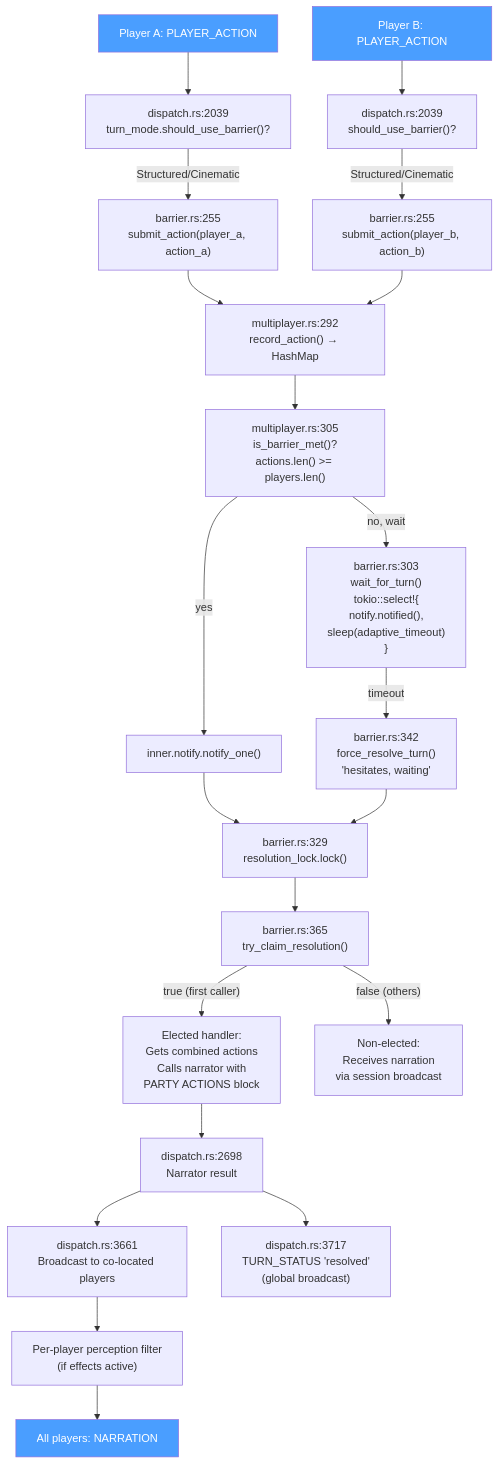
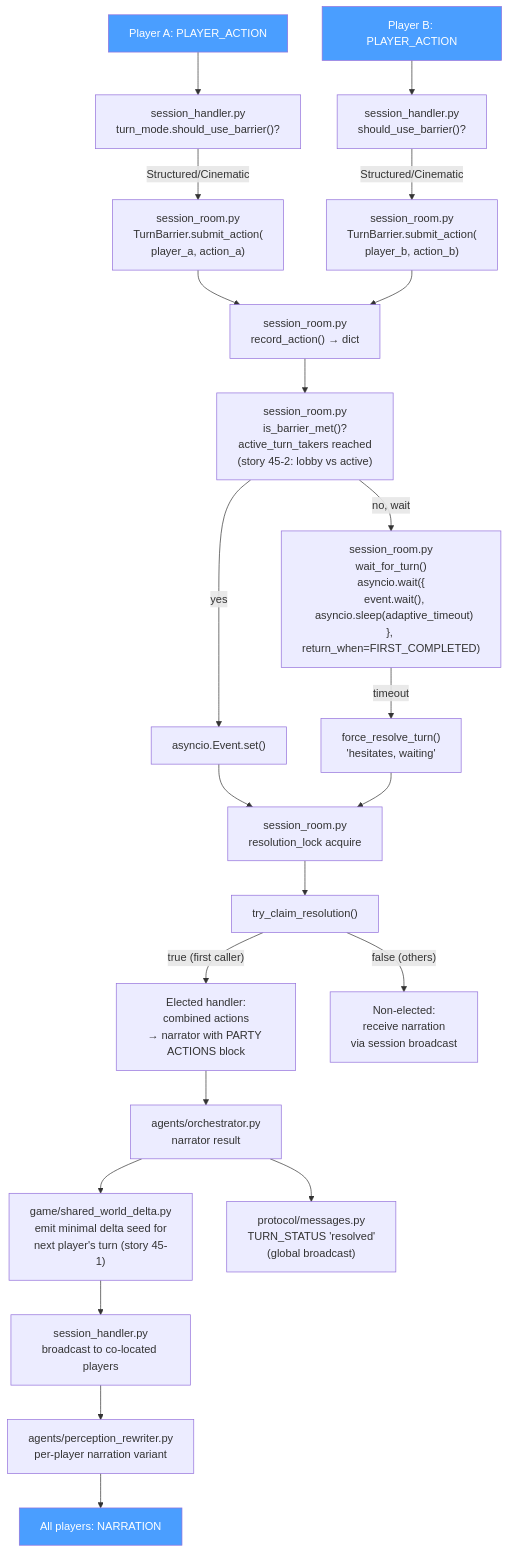
One commit to slabgorb/sidequest changed the fifth of 15 diagrams in docs/wiring-diagrams.md. Above: the diagram before and after it, drawn with Mermaid. The commit also changed other lines of this file and 4 other files, not shown here.

````diff
--- a/docs/wiring-diagrams.md
+++ b/docs/wiring-diagrams.md
@@ -323,34 +333,35 @@
 ```mermaid
 flowchart TD
-    A["Player A: PLAYER_ACTION"] --> B["dispatch.rs:2039<br/>turn_mode.should_use_barrier()?"]
-    A2["Player B: PLAYER_ACTION"] --> B2["dispatch.rs:2039<br/>should_use_barrier()?"]
+    A["Player A: PLAYER_ACTION"] --> B["session_handler.py<br/>turn_mode.should_use_barrier()?"]
+    A2["Player B: PLAYER_ACTION"] --> B2["session_handler.py<br/>should_use_barrier()?"]
 
-    B -->|"Structured/Cinematic"| C["barrier.rs:255<br/>submit_action(player_a, action_a)"]
-    B2 -->|"Structured/Cinematic"| C2["barrier.rs:255<br/>submit_action(player_b, action_b)"]
+    B -->|"Structured/Cinematic"| C["session_room.py<br/>TurnBarrier.submit_action(<br/>player_a, action_a)"]
+    B2 -->|"Structured/Cinematic"| C2["session_room.py<br/>TurnBarrier.submit_action(<br/>player_b, action_b)"]
 
-    C --> D["multiplayer.rs:292<br/>record_action() → HashMap"]
+    C --> D["session_room.py<br/>record_action() → dict"]
     C2 --> D
 
-    D --> E["multiplayer.rs:305<br/>is_barrier_met()?<br/>actions.len() >= players.len()"]
-    E -->|"yes"| F["inner.notify.notify_one()"]
-    E -->|"no, wait"| G["barrier.rs:303<br/>wait_for_turn()<br/>tokio::select!{<br/>  notify.notified(),<br/>  sleep(adaptive_timeout)<br/>}"]
+    D --> E["session_room.py<br/>is_barrier_met()?<br/>active_turn_takers reached<br/>(story 45-2: lobby vs active)"]
+    E -->|"yes"| F["asyncio.Event.set()"]
+    E -->|"no, wait"| G["session_room.py<br/>wait_for_turn()<br/>asyncio.wait({<br/>  event.wait(),<br/>  asyncio.sleep(adaptive_timeout)<br/>}, return_when=FIRST_COMPLETED)"]
 
-    G -->|"timeout"| H["barrier.rs:342<br/>force_resolve_turn()<br/>'hesitates, waiting'"]
-    F --> I["barrier.rs:329<br/>resolution_lock.lock()"]
+    G -->|"timeout"| H["force_resolve_turn()<br/>'hesitates, waiting'"]
+    F --> I["session_room.py<br/>resolution_lock acquire"]
     H --> I
 
-    I --> J["barrier.rs:365<br/>try_claim_resolution()"]
-    J -->|"true (first caller)"| K["Elected handler:<br/>Gets combined actions<br/>Calls narrator with<br/>PARTY ACTIONS block"]
-    J -->|"false (others)"| L["Non-elected:<br/>Receives narration<br/>via session broadcast"]
+    I --> J["try_claim_resolution()"]
+    J -->|"true (first caller)"| K["Elected handler:<br/>combined actions<br/>→ narrator with PARTY ACTIONS block"]
+    J -->|"false (others)"| L["Non-elected:<br/>receive narration<br/>via session broadcast"]
 
-    K --> M["dispatch.rs:2698<br/>Narrator result"]
-    M --> N["dispatch.rs:3661<br/>Broadcast to co-located players"]
-    N --> O["Per-player perception filter<br/>(if effects active)"]
+    K --> M["agents/orchestrator.py<br/>narrator result"]
+    M --> M2["game/shared_world_delta.py<br/>emit minimal delta seed for<br/>next player's turn (story 45-1)"]
+    M2 --> N["session_handler.py<br/>broadcast to co-located players"]
+    N --> O["agents/perception_rewriter.py<br/>per-player narration variant"]
     O --> P["All players: NARRATION"]
 
-    M --> Q["dispatch.rs:3717<br/>TURN_STATUS 'resolved'<br/>(global broadcast)"]
+    M --> Q["protocol/messages.py<br/>TURN_STATUS 'resolved'<br/>(global broadcast)"]
 
     style A fill:#4a9eff,color:#fff
     style A2 fill:#4a9eff,color:#fff
     style P fill:#4a9eff,color:#fff
 ```
````
